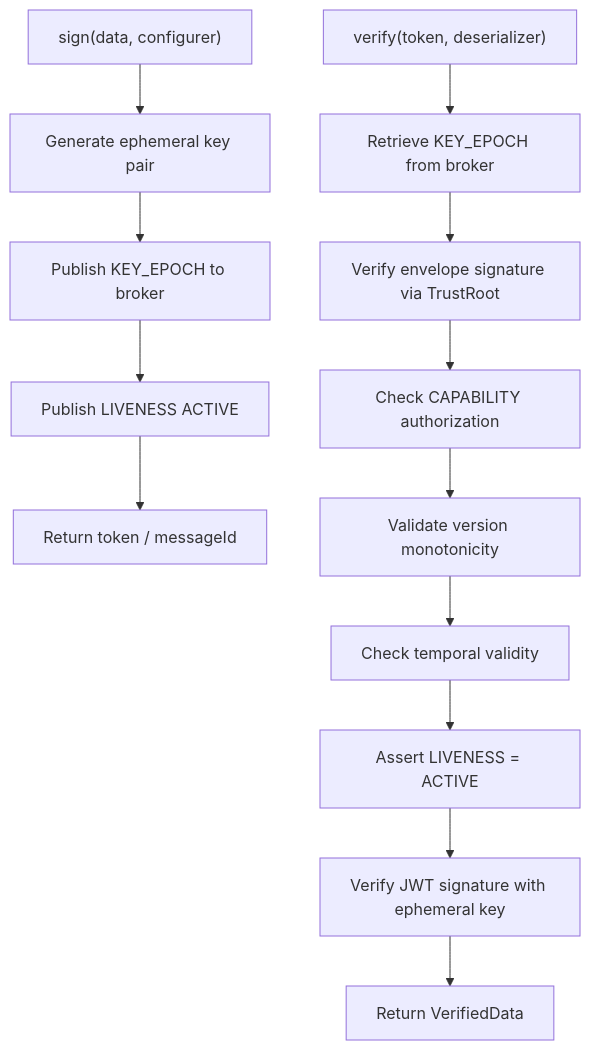
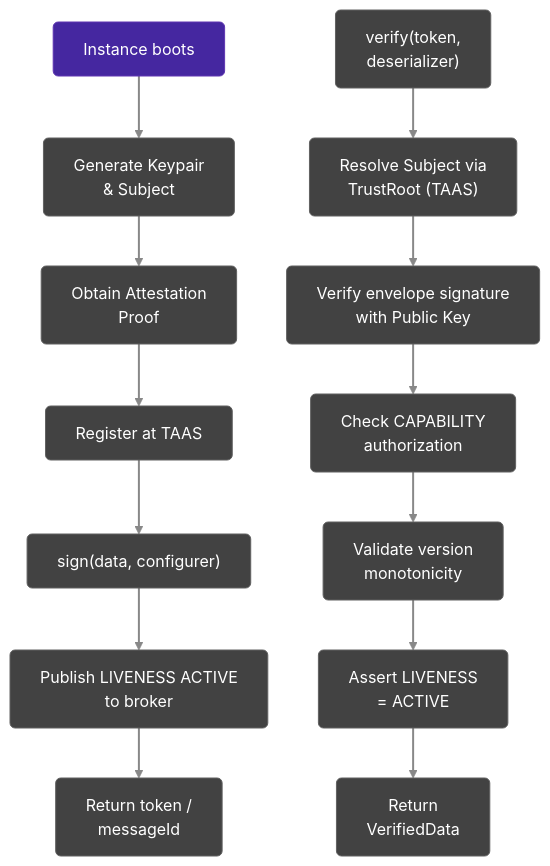
Before and after one commit to cyfko/veridot: the second of 2 diagrams in docs/docs/guides/core-concepts.md, drawn with Mermaid. The commit also changed other lines of this file and 84 other files, not shown here.

Commit message:
docs: complete Protocol V5 documentation rewrite (including premium diagrams)

````diff
--- a/docs/docs/guides/core-concepts.md
+++ b/docs/docs/guides/core-concepts.md
@@ -121,16 +144,27 @@
 ```mermaid
 graph TD
-    A["sign(data, configurer)"] --> B[Generate ephemeral key pair]
-    B --> C[Publish KEY_EPOCH to broker]
-    C --> D[Publish LIVENESS ACTIVE]
-    D --> E[Return token / messageId]
 
-    F["verify(token, deserializer)"] --> G[Retrieve KEY_EPOCH from broker]
-    G --> H[Verify envelope signature via TrustRoot]
-    H --> I[Check CAPABILITY authorization]
-    I --> J[Validate version monotonicity]
-    J --> K[Check temporal validity]
-    K --> L[Assert LIVENESS = ACTIVE]
-    L --> M[Verify JWT signature with ephemeral key]
-    M --> N["Return VerifiedData<T>"]
+    %% Premium Theme
+    linkStyle default stroke:#888888,stroke-width:2px;
+    classDef default fill:#424242,stroke:#616161,stroke-width:1px,color:#fff,rx:5px,ry:5px;
+    classDef service fill:#4527a0,stroke:#5e35b1,stroke-width:1px,color:#fff,rx:5px,ry:5px;
+    classDef broker fill:#004d40,stroke:#00695c,stroke-width:1px,color:#fff,rx:5px,ry:5px;
+    classDef db fill:#bf360c,stroke:#d84315,stroke-width:1px,color:#fff,rx:5px,ry:5px;
+    classDef taas fill:#01579b,stroke:#0277bd,stroke-width:1px,color:#fff,rx:5px,ry:5px;
+
+    A["Instance boots"] --> B["Generate Keypair<br/>& Subject"]
+    B --> C["Obtain Attestation<br/>Proof"]
+    C --> D["Register at TAAS"]
+    D --> E["sign(data, configurer)"]
+    E --> F["Publish LIVENESS ACTIVE<br/>to broker"]
+    F --> G["Return token /<br/>messageId"]
+
+    H["verify(token,<br/>deserializer)"] --> I["Resolve Subject via<br/>TrustRoot (TAAS)"]
+    I --> J["Verify envelope signature<br/>with Public Key"]
+    J --> K["Check CAPABILITY<br/>authorization"]
+    K --> L["Validate version<br/>monotonicity"]
+    L --> M["Assert LIVENESS<br/>= ACTIVE"]
+    M --> N["Return<br/>VerifiedData<T>"]
+    class A service;
+
 ```
````
